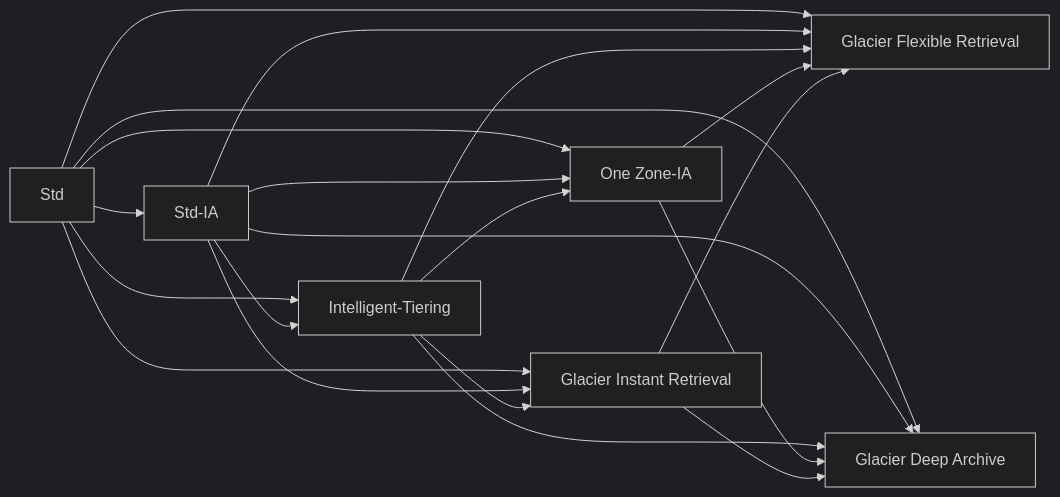
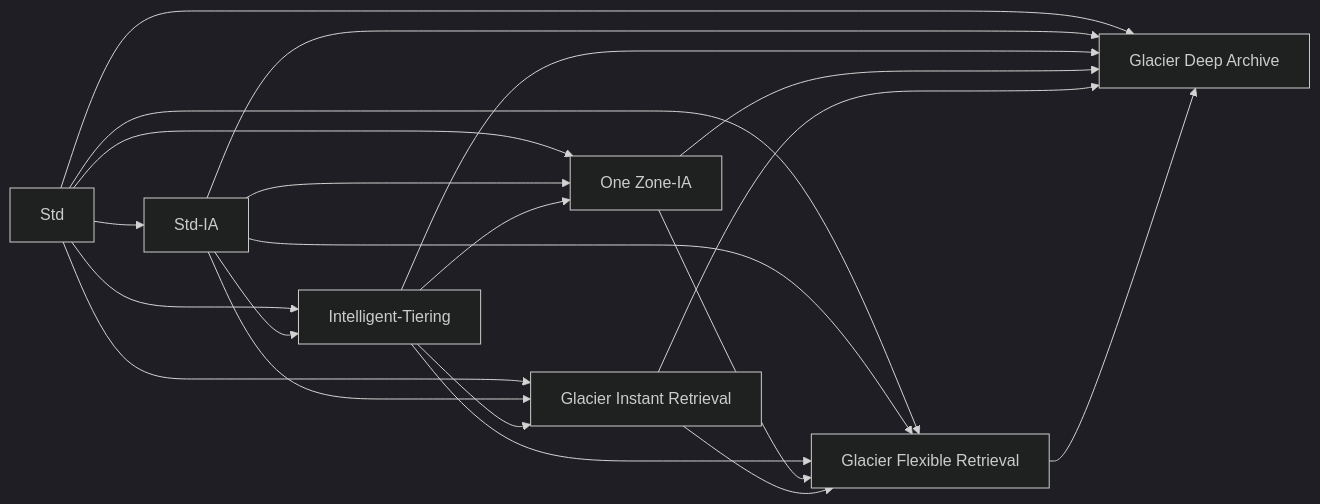
The third of 6 diagrams in README.md (LongBu/AWS-SAP-C02-Study-Guide), drawn with Mermaid (dark theme) before and after one commit.

Commit message:
flex ret=>deep archive trans

````diff
--- a/README.md
+++ b/README.md
@@ -1652,22 +1652,23 @@
 ```mermaid
 graph LR
     A[Std] --> B[Std-IA]
     A --> C[Intelligent-Tiering]
     A --> D[One Zone-IA]
     A --> E[Glacier Instant Retrieval]
     A --> F[Glacier Flexible Retrieval]
     A --> G[Glacier Deep Archive]
     B --> C
     B --> D
     B --> E
     B --> F
     B --> G
     C --> D
     C --> E
     C --> F
     C --> G
     D --> F
     D --> G
     E --> F
     E --> G
+    F --> G
 ```
````
